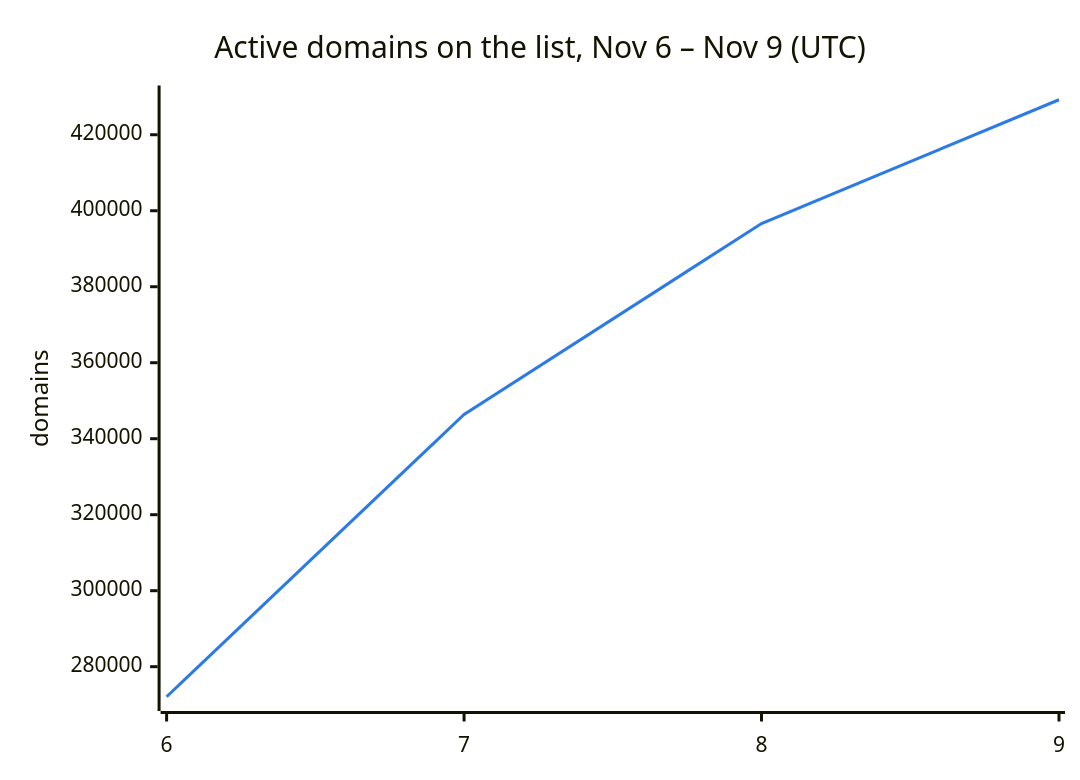
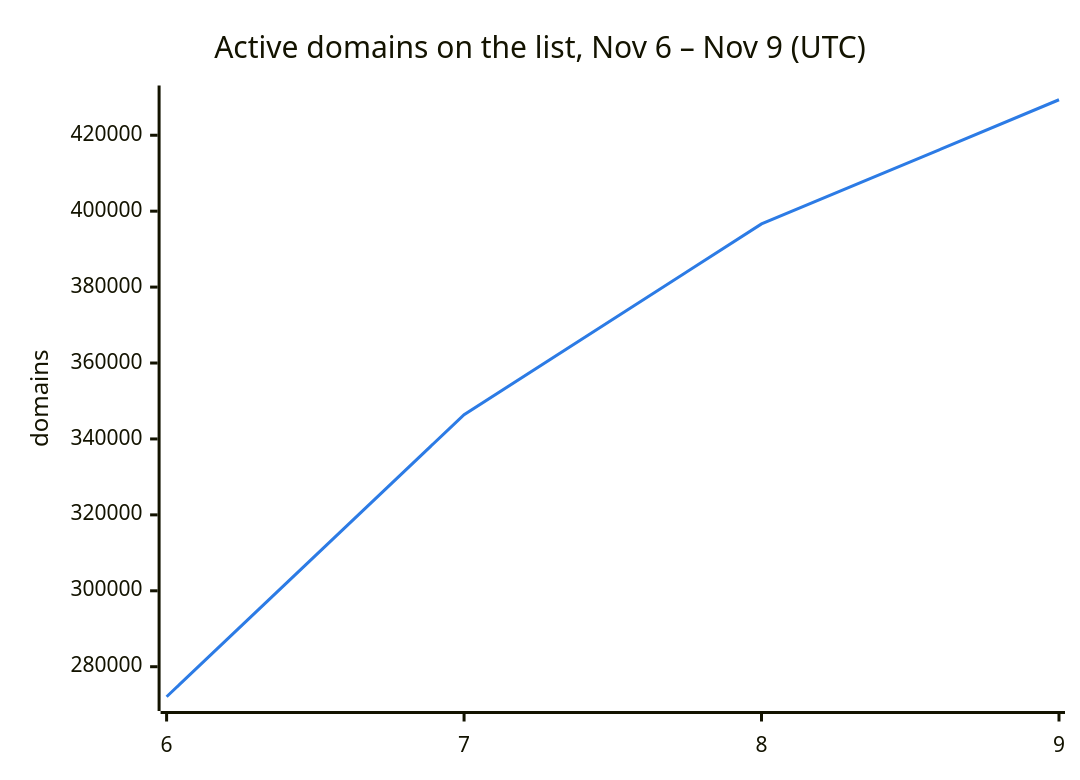
The second of 3 diagrams in README.md (DNSBunker/CTI), drawn with Mermaid before and after one commit. The commit also changed other lines of this file and 3 other files, not shown here.

````diff
--- a/README.md
+++ b/README.md
@@ -38,8 +38,8 @@
 ```mermaid
 %%{init: {"themeVariables": {"xyChart": {"plotColorPalette": "#2c7be5"}}}}%%
 xychart-beta
     title "Active domains on the list, Nov 6 – Nov 9 (UTC)"
     x-axis ["6", "7", "8", "9"]
     y-axis "domains"
-    line [272088, 346388, 396638, 429210]
+    line [272088, 346388, 396638, 429351]
 ```
````
